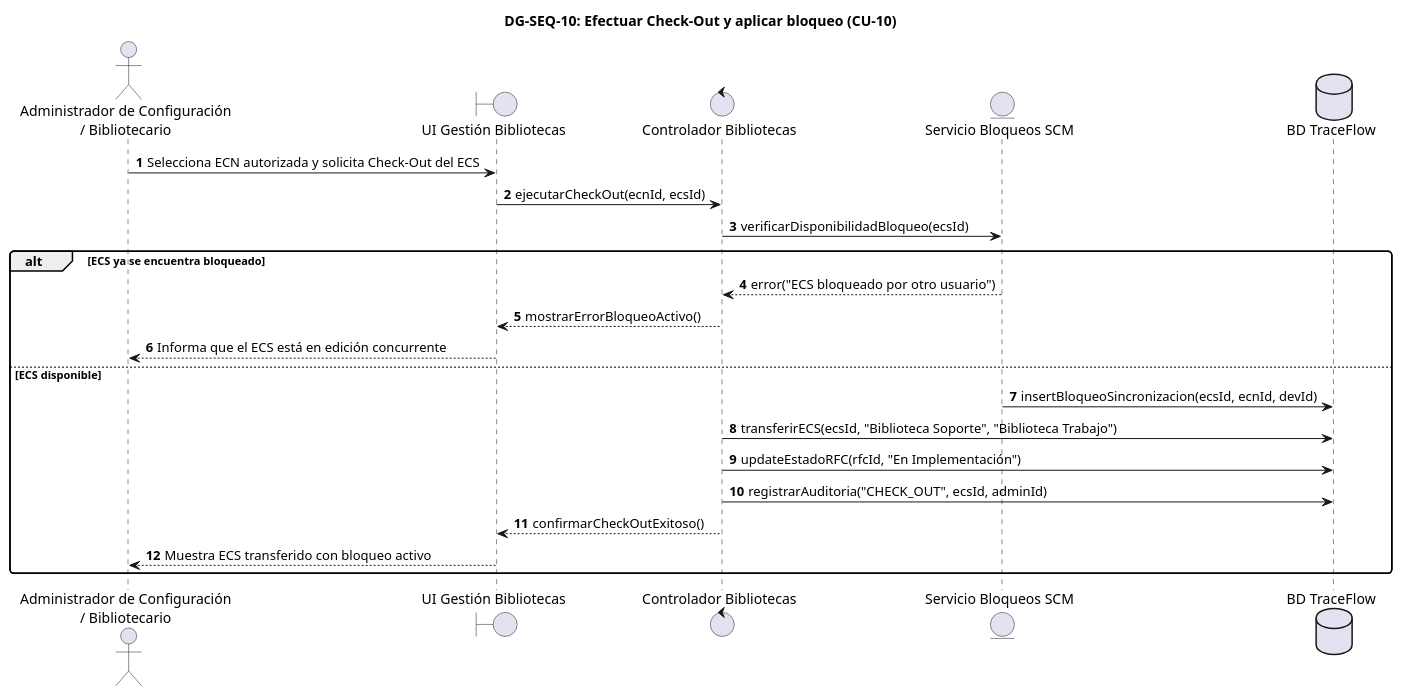
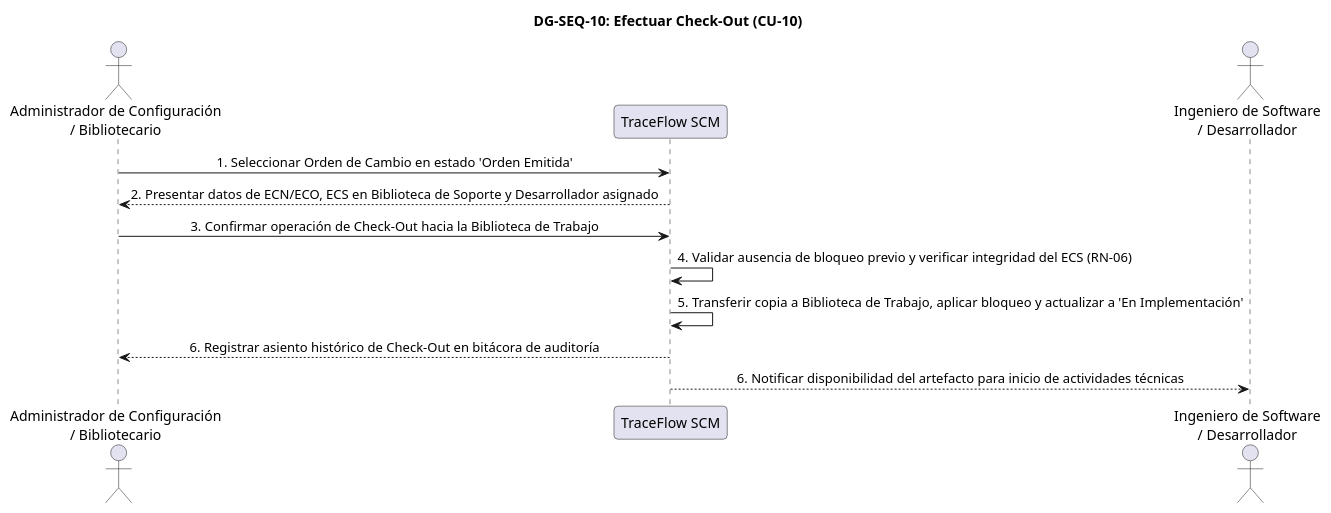
One commit to JMedina255/TraceFlow changed diagram 23 of 44 in FD03-EPIS-Informe_SRS.md. Above: the diagram before and after it, drawn with PlantUML. The commit also changed other lines of this file and 2 other files, not shown here.

First line of the commit message:
docs(diagrams): refactorizar diagramas de secuencia DG-SEQ-01 a DG-SEQ-30 a nivel de analisis 1:1

````diff
--- a/FD03-EPIS-Informe_SRS.md
+++ b/FD03-EPIS-Informe_SRS.md
@@ -4460,32 +4473,23 @@
 ```plantuml
-@startuml
+@startuml DG-SEQ-10
 skinparam shadowing false
 skinparam roundcorner 8
 skinparam defaultFontName Arial
-autonumber
+skinparam sequenceMessageAlign center
 
-title <b>DG-SEQ-10: Efectuar Check-Out y aplicar bloqueo (CU-10)</b>
+title <b>DG-SEQ-10: Efectuar Check-Out (CU-10)</b>
 
-actor "Administrador de Configuración\n/ Bibliotecario" as ACT
-boundary "UI Gestión Bibliotecas" as UI
-control "Controlador Bibliotecas" as CTRL
-entity "Servicio Bloqueos SCM" as SRV
-database "BD TraceFlow" as DB
+actor "Administrador de Configuración\n/ Bibliotecario" as Admin
+participant "TraceFlow SCM" as Sistema
+actor "Ingeniero de Software\n/ Desarrollador" as Dev
 
-ACT -> UI : Selecciona ECN autorizada y solicita Check-Out del ECS
-UI -> CTRL : ejecutarCheckOut(ecnId, ecsId)
-CTRL -> SRV : verificarDisponibilidadBloqueo(ecsId)
-alt ECS ya se encuentra bloqueado
-    SRV --> CTRL : error("ECS bloqueado por otro usuario")
-    CTRL --> UI : mostrarErrorBloqueoActivo()
-    UI --> ACT : Informa que el ECS está en edición concurrente
-else ECS disponible
-    SRV -> DB : insertBloqueoSincronizacion(ecsId, ecnId, devId)
-    CTRL -> DB : transferirECS(ecsId, "Biblioteca Soporte", "Biblioteca Trabajo")
-    CTRL -> DB : updateEstadoRFC(rfcId, "En Implementación")
-    CTRL -> DB : registrarAuditoria("CHECK_OUT", ecsId, adminId)
-    CTRL --> UI : confirmarCheckOutExitoso()
-    UI --> ACT : Muestra ECS transferido con bloqueo activo
-end
+Admin -> Sistema: 1. Seleccionar Orden de Cambio en estado 'Orden Emitida'
+Sistema --> Admin: 2. Presentar datos de ECN/ECO, ECS en Biblioteca de Soporte y Desarrollador asignado
+Admin -> Sistema: 3. Confirmar operación de Check-Out hacia la Biblioteca de Trabajo
+Sistema -> Sistema: 4. Validar ausencia de bloqueo previo y verificar integridad del ECS (RN-06)
+Sistema -> Sistema: 5. Transferir copia a Biblioteca de Trabajo, aplicar bloqueo y actualizar a 'En Implementación'
+Sistema --> Admin: 6. Registrar asiento histórico de Check-Out en bitácora de auditoría
+Sistema --> Dev: 6. Notificar disponibilidad del artefacto para inicio de actividades técnicas
+
 @enduml
 ```
````
